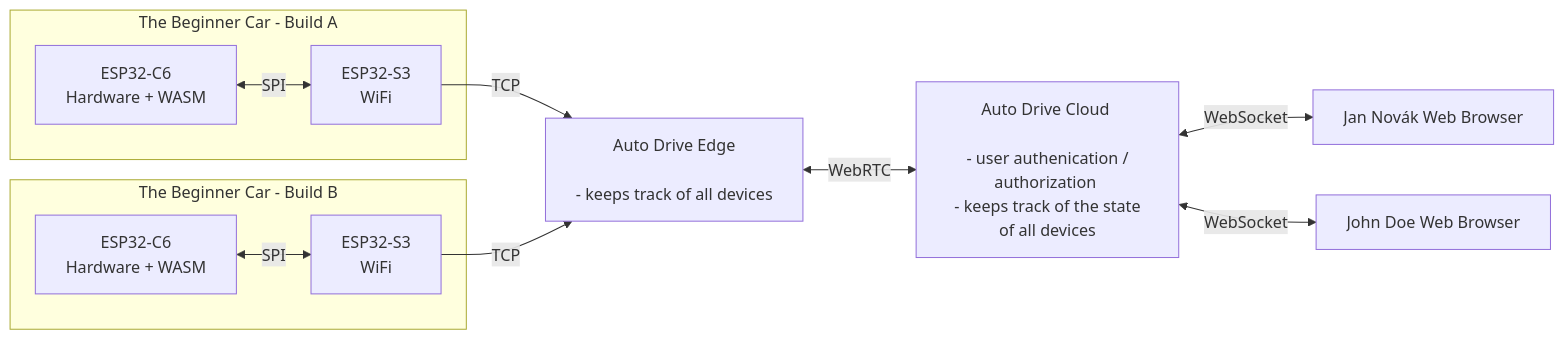
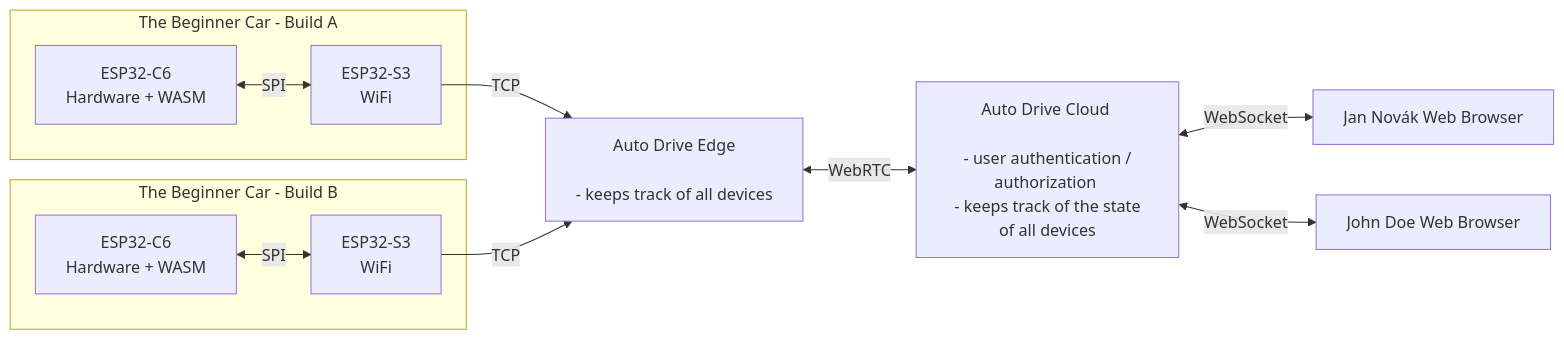
One commit to Hugos-Tech-Lab/AutoDrive changed the diagram in auto-drive-edge/README.md. Above: the diagram before and after it, drawn with Mermaid.

````diff
--- a/auto-drive-edge/README.md
+++ b/auto-drive-edge/README.md
@@ -2,26 +2,26 @@
 ```mermaid
 flowchart LR
     subgraph DEVICE1["The Beginner Car - Build A"]
         C61["ESP32-C6<br/>Hardware + WASM"]
         S31["ESP32-S3<br/>WiFi"]
         C61 <-->|SPI| S31
     end
 
     subgraph DEVICE2["The Beginner Car - Build B"]
         C62["ESP32-C6<br/>Hardware + WASM"]
         S32["ESP32-S3<br/>WiFi"]
         C62 <-->|SPI| S32
     end
 
     E["Auto Drive Edge <br/> <br/> - keeps track of all devices"]
-    C["Auto Drive Cloud <br/> <br/> - user authenication / authorization <br/> - keeps track of the state of all devices "]
+    C["Auto Drive Cloud <br/> <br/> - user authentication / authorization <br/> - keeps track of the state of all devices "]
     W2["John Doe Web Browser"]
     W1["Jan Novák Web Browser"]
 
     S31 -->|TCP| E
     S32 -->|TCP| E
 
     E <-->|WebRTC| C
     C <-->|WebSocket| W1
     C <-->|WebSocket| W2
 ```
````
